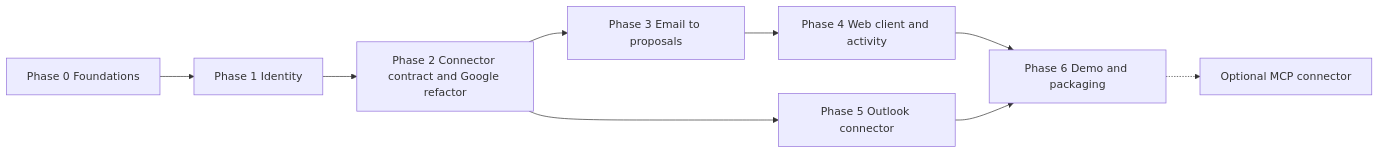
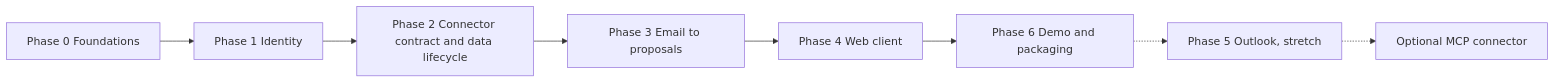
Before and after one commit to HarshilMaks/onebox: the diagram in .lock/ROADMAP.md, drawn with Mermaid. The commit also changed other lines of this file and 2 other files, not shown here.

First line of the commit message:
docs: rebuild the roadmap and task registry around the revised plan

````diff
--- a/.lock/ROADMAP.md
+++ b/.lock/ROADMAP.md
@@ -6,11 +10,10 @@
 ```mermaid
 flowchart LR
   P0[Phase 0 Foundations] --> P1[Phase 1 Identity]
-  P1 --> P2[Phase 2 Connector contract and Google refactor]
+  P1 --> P2[Phase 2 Connector contract and data lifecycle]
   P2 --> P3[Phase 3 Email to proposals]
-  P3 --> P4[Phase 4 Web client and activity]
-  P2 --> P5[Phase 5 Outlook connector]
+  P3 --> P4[Phase 4 Web client]
   P4 --> P6[Phase 6 Demo and packaging]
-  P5 --> P6
-  P6 -.-> P7[Optional MCP connector]
+  P6 -.-> P5[Phase 5 Outlook, stretch]
+  P5 -.-> P7[Optional MCP connector]
 ```
````
